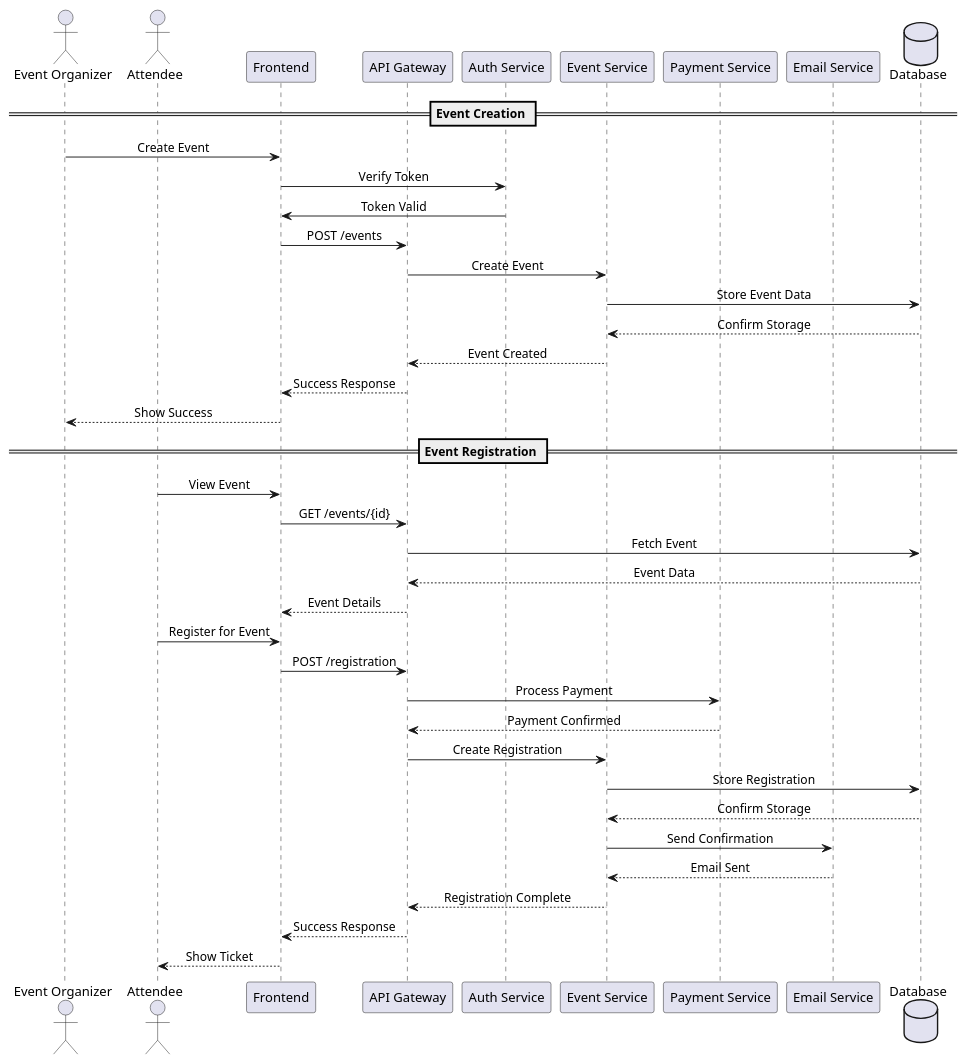
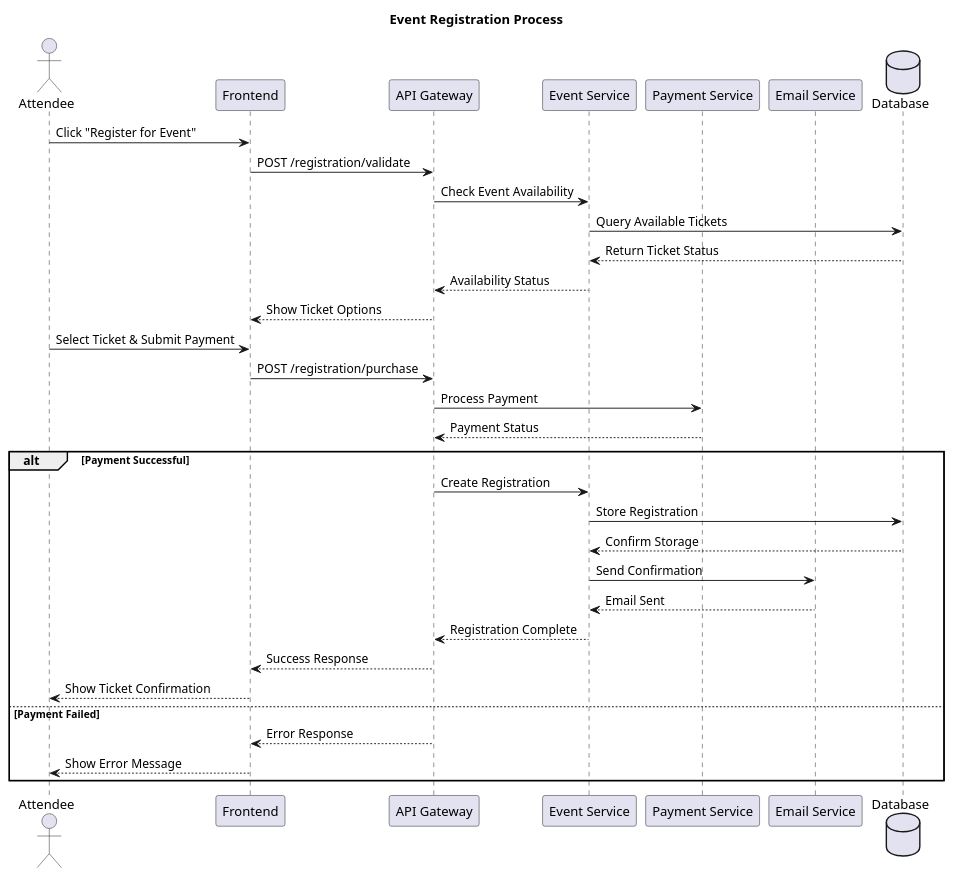
Before and after one commit to LazyEllis/eventify: the third of 7 diagrams in chapter-3.md, drawn with PlantUML. The commit also changed other lines of this file and 2 other files, not shown here.

First line of the commit message:
Update Activity and Sequence diagrams

````diff
--- a/chapter-3.md
+++ b/chapter-3.md
@@ -446,49 +446,42 @@
   ```plantuml
-  @startuml Sequence Diagram
+  @startuml Event Registration Sequence
   
-  skinparam sequenceMessageAlign center
-  
-  actor "Event Organizer" as organizer
   actor "Attendee" as attendee
   participant "Frontend" as ui
   participant "API Gateway" as api
-  participant "Auth Service" as auth
   participant "Event Service" as event
   participant "Payment Service" as payment
   participant "Email Service" as email
   database "Database" as db
   
-  == Event Creation ==
-  organizer -> ui: Create Event
-  ui -> auth: Verify Token
-  auth -> ui: Token Valid
-  ui -> api: POST /events
-  api -> event: Create Event
-  event -> db: Store Event Data
-  db --> event: Confirm Storage
-  event --> api: Event Created
-  api --> ui: Success Response
-  ui --> organizer: Show Success
+  title Event Registration Process
   
-  == Event Registration ==
-  attendee -> ui: View Event
-  ui -> api: GET /events/{id}
-  api -> db: Fetch Event
-  db --> api: Event Data
-  api --> ui: Event Details
+  attendee -> ui: Click "Register for Event"
+  ui -> api: POST /registration/validate
+  api -> event: Check Event Availability
+  event -> db: Query Available Tickets
+  db --> event: Return Ticket Status
+  event --> api: Availability Status
+  api --> ui: Show Ticket Options
   
-  attendee -> ui: Register for Event
-  ui -> api: POST /registration
+  attendee -> ui: Select Ticket & Submit Payment
+  ui -> api: POST /registration/purchase
   api -> payment: Process Payment
-  payment --> api: Payment Confirmed
-  api -> event: Create Registration
-  event -> db: Store Registration
-  db --> event: Confirm Storage
-  event -> email: Send Confirmation
-  email --> event: Email Sent
-  event --> api: Registration Complete
-  api --> ui: Success Response
-  ui --> attendee: Show Ticket
+  payment --> api: Payment Status
+  
+  alt Payment Successful
+      api -> event: Create Registration
+      event -> db: Store Registration
+      db --> event: Confirm Storage
+      event -> email: Send Confirmation
+      email --> event: Email Sent
+      event --> api: Registration Complete
+      api --> ui: Success Response
+      ui --> attendee: Show Ticket Confirmation
+  else Payment Failed
+      api --> ui: Error Response
+      ui --> attendee: Show Error Message
+  end
   
   @enduml
   ```
````
